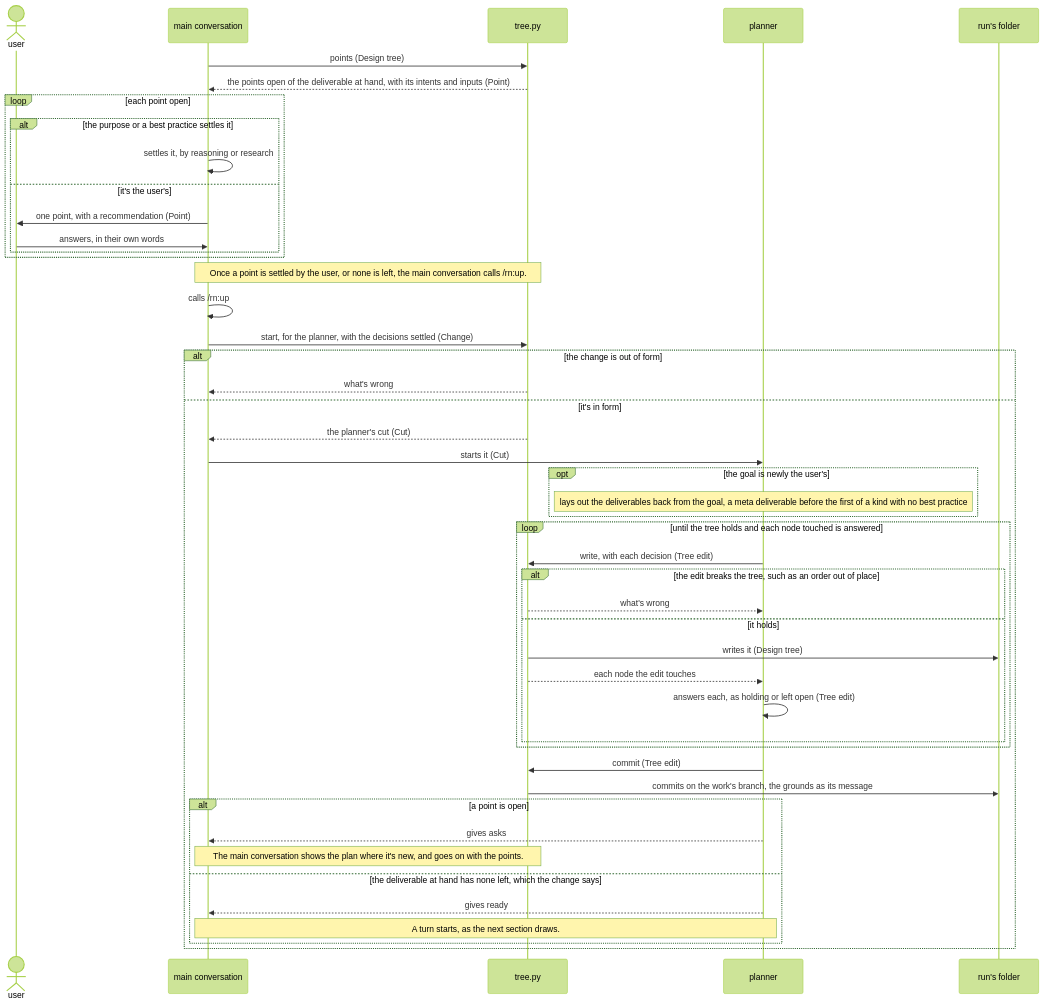
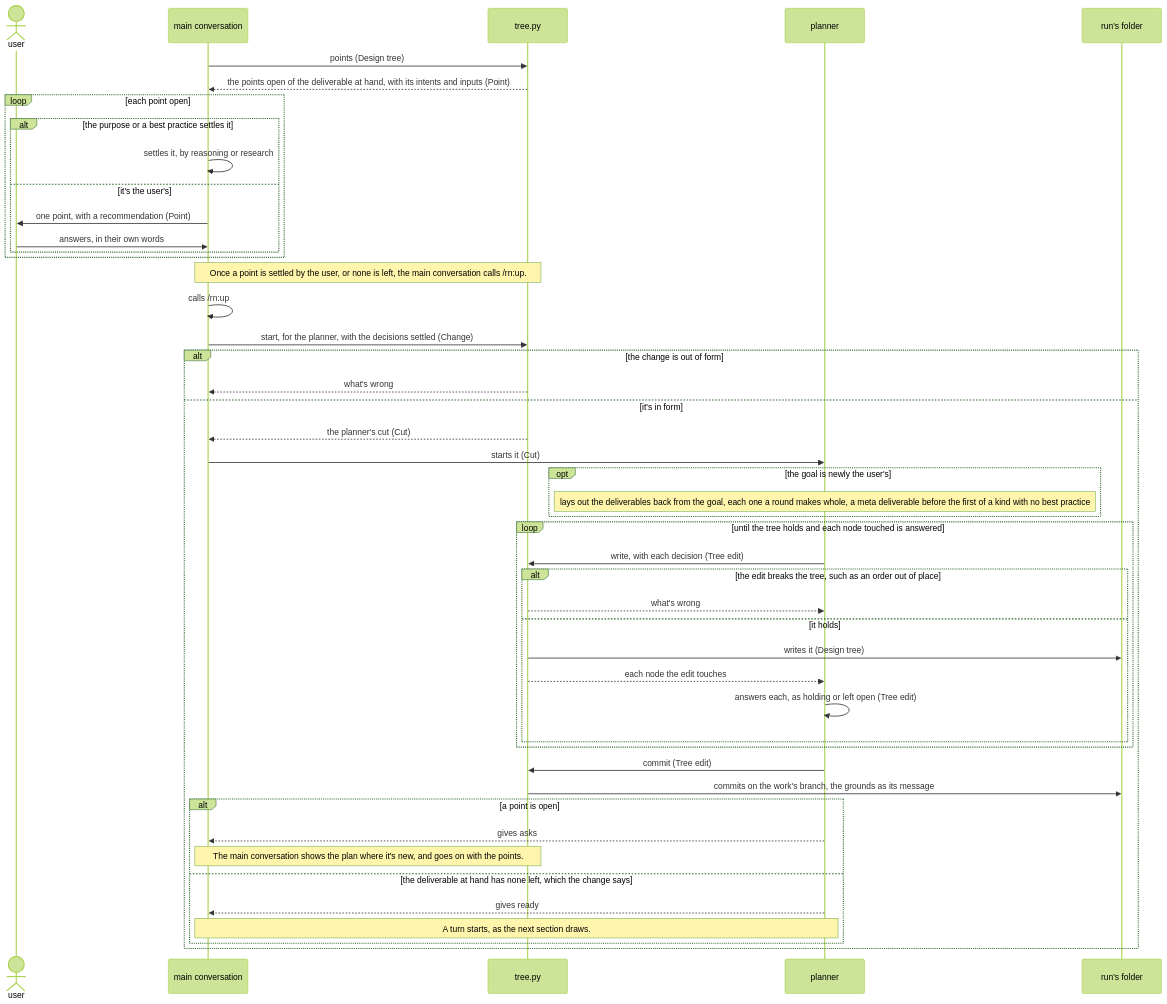
Before and after one commit to lovaizu/ccpm: the second of 5 diagrams in dev/rn/architecture.md, drawn with Mermaid (forest theme). The commit also changed other lines of this file and 1 other file, not shown here.

````diff
--- a/dev/rn/architecture.md
+++ b/dev/rn/architecture.md
@@ -265,49 +326,49 @@
 ```mermaid
 sequenceDiagram
   actor U as user
   participant M as main conversation
   participant T as tree.py
   participant P as planner
   participant R as run's folder
   M->>T: points (Design tree)
   T-->>M: the points open of the deliverable at hand, with its intents and inputs (Point)
   loop each point open
     alt the purpose or a best practice settles it
       M->>M: settles it, by reasoning or research
     else it's the user's
       M->>U: one point, with a recommendation (Point)
       U->>M: answers, in their own words
     end
   end
   Note over M,T: Once a point is settled by the user, or none is left, the main conversation calls /rn:up.
   M->>M: calls /rn:up
   M->>T: start, for the planner, with the decisions settled (Change)
   alt the change is out of form
     T-->>M: what's wrong
   else it's in form
     T-->>M: the planner's cut (Cut)
     M->>P: starts it (Cut)
     opt the goal is newly the user's
-      Note over P: lays out the deliverables back from the goal, a meta deliverable before the first of a kind with no best practice
+      Note over P: lays out the deliverables back from the goal, each one a round makes whole, a meta deliverable before the first of a kind with no best practice
     end
     loop until the tree holds and each node touched is answered
       P->>T: write, with each decision (Tree edit)
       alt the edit breaks the tree, such as an order out of place
         T-->>P: what's wrong
       else it holds
         T->>R: writes it (Design tree)
         T-->>P: each node the edit touches
         P->>P: answers each, as holding or left open (Tree edit)
       end
     end
     P->>T: commit (Tree edit)
     T->>R: commits on the work's branch, the grounds as its message
     alt a point is open
       P-->>M: gives asks
       Note over M,T: The main conversation shows the plan where it's new, and goes on with the points.
     else the deliverable at hand has none left, which the change says
       P-->>M: gives ready
       Note over M,P: A turn starts, as the next section draws.
     end
   end
 ```
````
